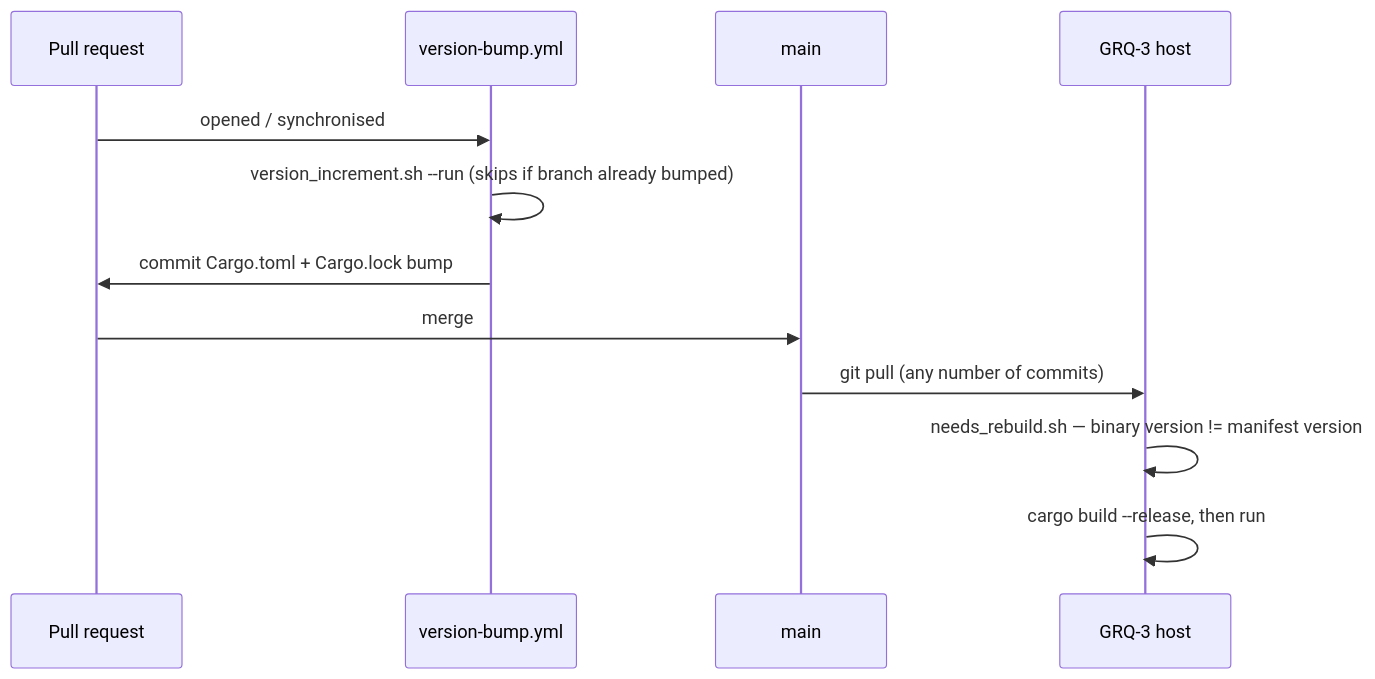
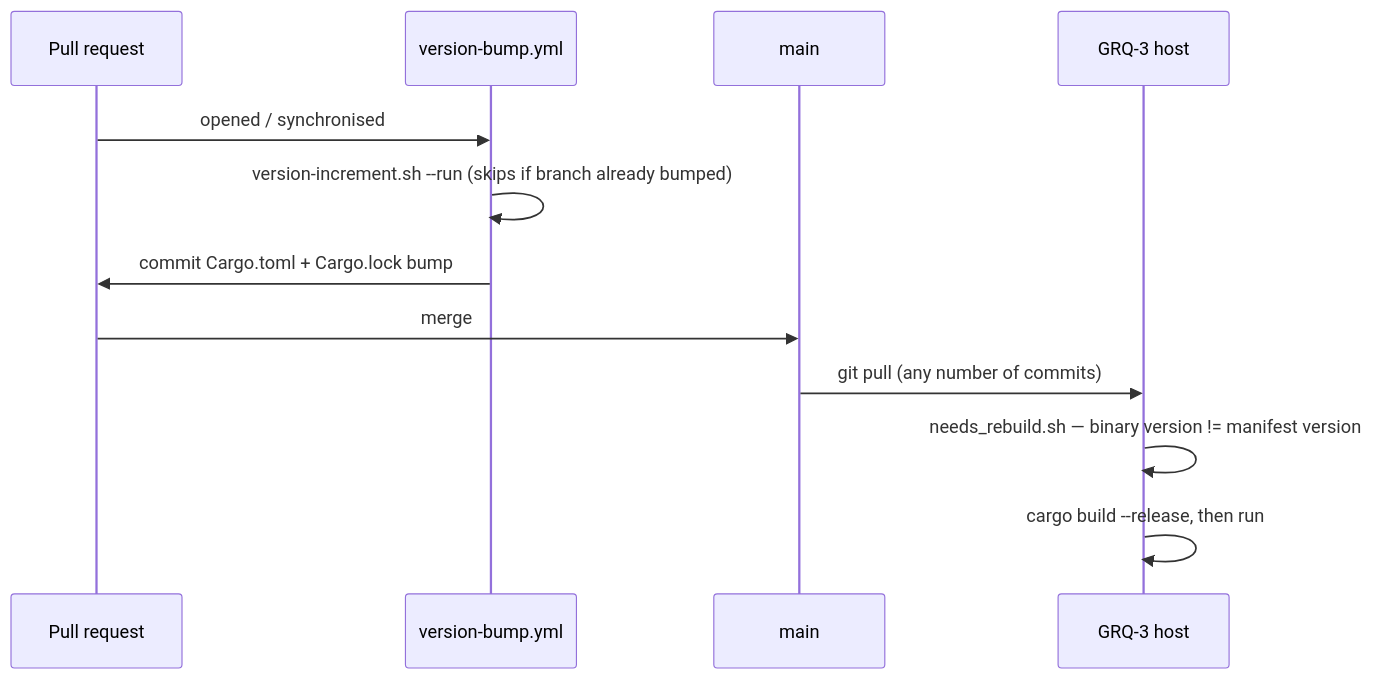
The second of 2 diagrams in docs/archive/pr-summaries/pr-summary-818.md (stSoftwareAU/GRQ-validation), drawn with Mermaid before and after one commit. The commit also changed other lines of this file and 4 other files, not shown here.

````diff
--- a/docs/archive/pr-summaries/pr-summary-818.md
+++ b/docs/archive/pr-summaries/pr-summary-818.md
@@ -106,14 +106,14 @@
 ```mermaid
 sequenceDiagram
     participant PR as Pull request
     participant CI as version-bump.yml
     participant Main as main
     participant Host as GRQ-3 host
     PR->>CI: opened / synchronised
-    CI->>CI: version_increment.sh --run (skips if branch already bumped)
+    CI->>CI: version-increment.sh --run (skips if branch already bumped)
     CI->>PR: commit Cargo.toml + Cargo.lock bump
     PR->>Main: merge
     Main->>Host: git pull (any number of commits)
     Host->>Host: needs_rebuild.sh — binary version != manifest version
     Host->>Host: cargo build --release, then run
 ```
````
